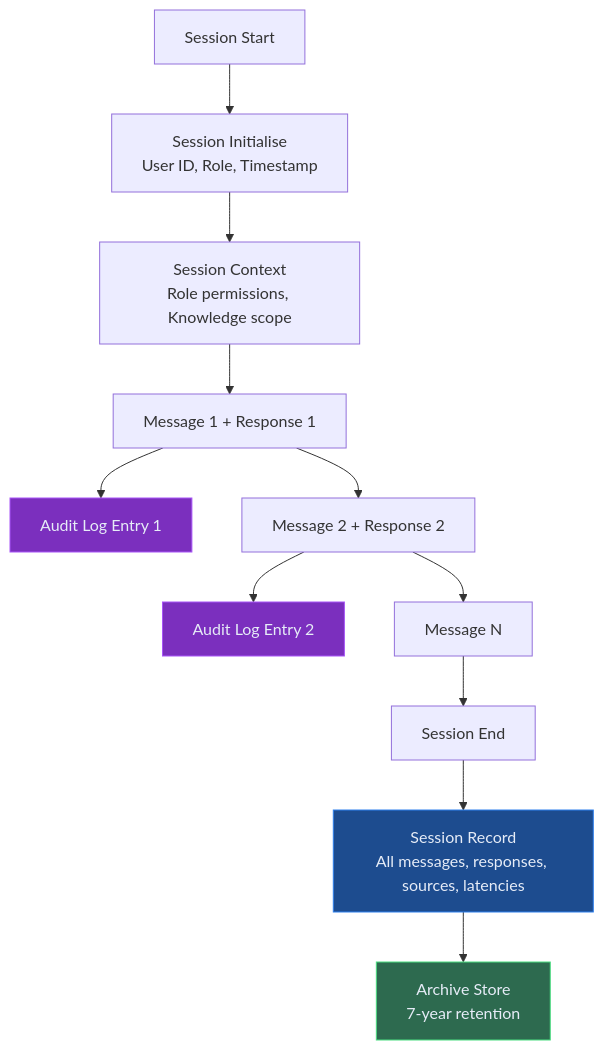
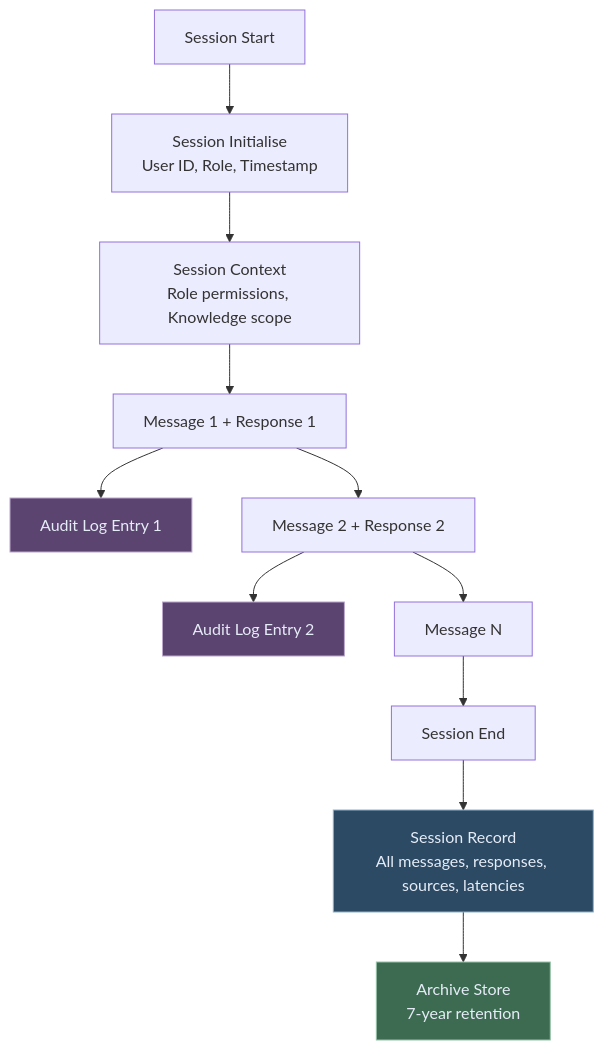
The third of 7 diagrams in blog/enterprise-llm-chat-interfaces.md (lorvexai/lorvexai), drawn with Mermaid before and after one commit. The commit also changed other lines of this file and 16 other files, not shown here.

First line of the commit message:
Retune hardcoded Mermaid node colors to match the site palette

````diff
--- a/blog/enterprise-llm-chat-interfaces.md
+++ b/blog/enterprise-llm-chat-interfaces.md
@@ -128,18 +128,18 @@
 ```mermaid
 flowchart TD
     S[Session Start] --> SI[Session Initialise\nUser ID, Role, Timestamp]
     SI --> SC[Session Context\nRole permissions, Knowledge scope]
     SC --> M1[Message 1 + Response 1]
     M1 --> AL1[Audit Log Entry 1]
     M1 --> M2[Message 2 + Response 2]
     M2 --> AL2[Audit Log Entry 2]
     M2 --> MN[Message N]
     MN --> SE[Session End]
     SE --> SR[Session Record\nAll messages, responses, sources, latencies]
     SR --> AS[Archive Store\n7-year retention]
 
-    style AL1 fill:#7B2FBE,stroke:#a855f7,color:#E6ECF7
-    style AL2 fill:#7B2FBE,stroke:#a855f7,color:#E6ECF7
-    style SR fill:#1D4C8F,stroke:#2F80ED,color:#E6ECF7
-    style AS fill:#2D6A4F,stroke:#4ade80,color:#E6ECF7
+    style AL1 fill:#5B4570,stroke:#BCA6CC,color:#E6ECF7
+    style AL2 fill:#5B4570,stroke:#BCA6CC,color:#E6ECF7
+    style SR fill:#2C4A63,stroke:#8FB2CC,color:#E6ECF7
+    style AS fill:#3D6B52,stroke:#95C2A8,color:#E6ECF7
 ```
````
